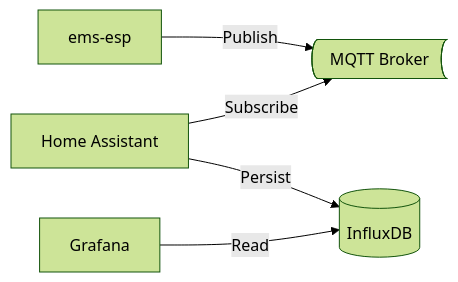
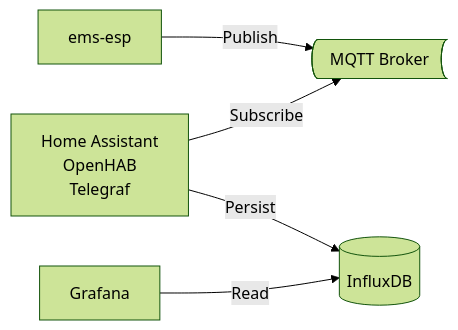
One commit to bosch-buderus-wp/bosch-buderus-wp.github.io changed the diagram in _docs/Smarthome.md. Above: the diagram before and after it, drawn with Mermaid (forest theme). The commit also changed other lines of this file and 3 other files, not shown here.

Commit message:
Home Assistant

````diff
--- a/_docs/Smarthome.md
+++ b/_docs/Smarthome.md
@@ -305,7 +306,7 @@
 ```mermaid
 flowchart LR
     EMSESP[ems-esp] -->|Publish| MQTT@{ shape: bow-rect, label: "MQTT Broker" }
-    HA[Home Assistant] --> |Subscribe| MQTT
+    HA[Home Assistant<br/>OpenHAB<br/>Telegraf] --> |Subscribe| MQTT
     HA -->|Persist| INFLUX[("InfluxDB")]
     GRAFANA[Grafana] -->|Read| INFLUX
 ```
````
